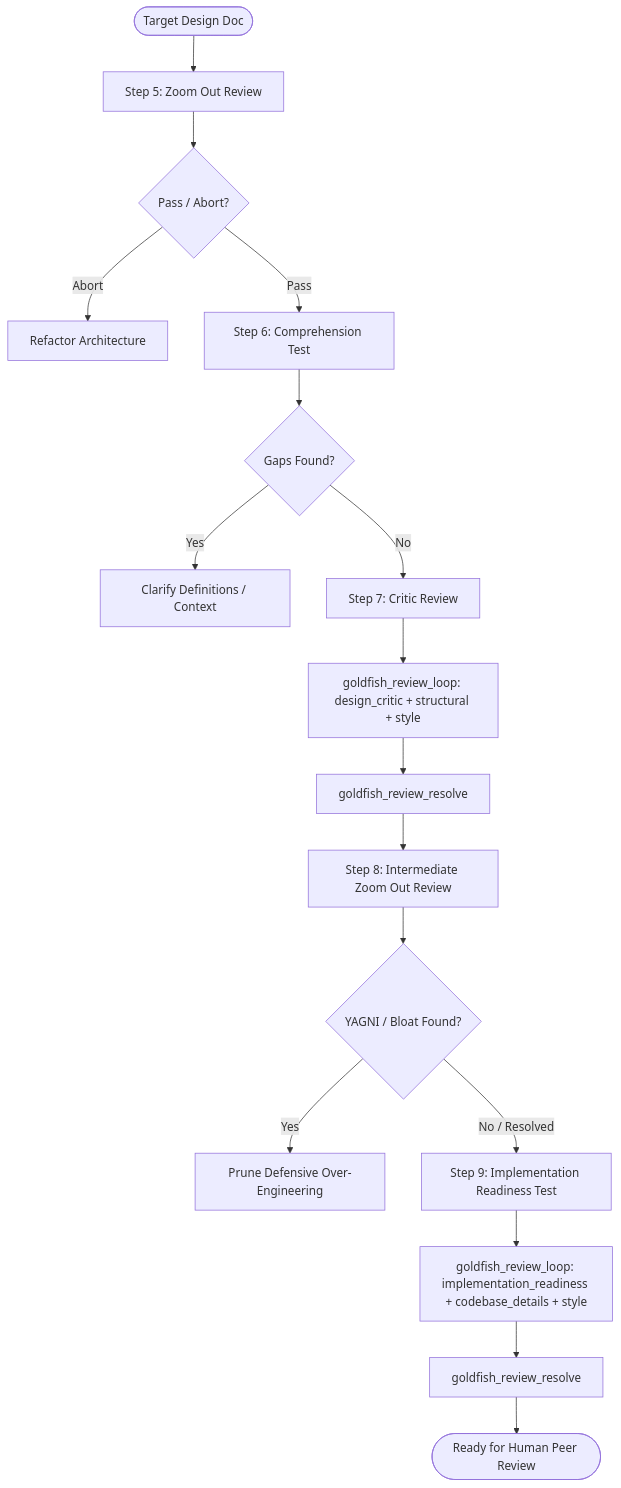
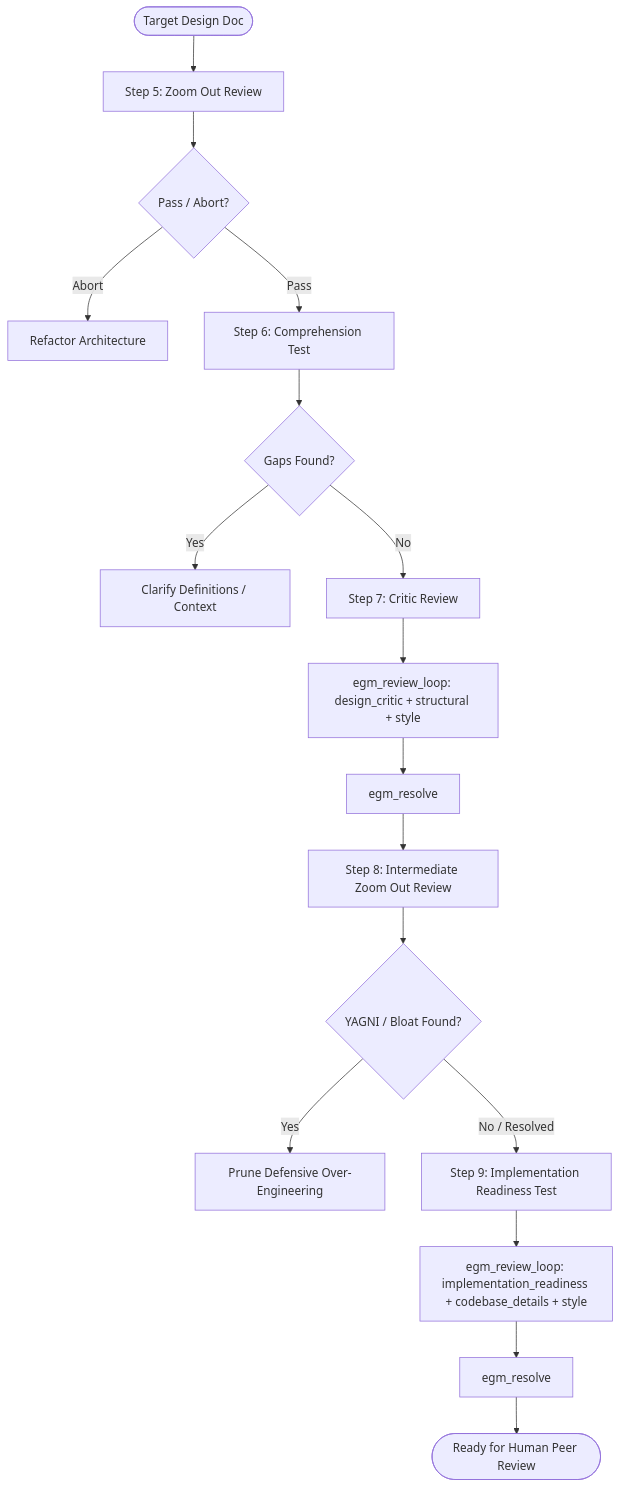
One commit to GreyCatVP/elephant-goldfish-model changed the diagram in docs/designs/review.md. Above: the diagram before and after it, drawn with Mermaid. The commit also changed other lines of this file and 14 other files, not shown here.

First line of the commit message:
refactor: rename goldfish_* skills to the egm- prefix

````diff
--- a/docs/designs/review.md
+++ b/docs/designs/review.md
@@ -60,19 +60,19 @@
 ```mermaid
 flowchart TD
     Start([Target Design Doc]) --> Step5[Step 5: Zoom Out Review]
     Step5 --> Gate5{Pass / Abort?}
     Gate5 -- Abort --> FixArch[Refactor Architecture]
     Gate5 -- Pass --> Step6[Step 6: Comprehension Test]
     Step6 --> Gate6{Gaps Found?}
     Gate6 -- Yes --> UpdateContext[Clarify Definitions / Context]
     Gate6 -- No --> Step7[Step 7: Critic Review]
-    Step7 --> Loop7[goldfish_review_loop: design_critic + structural + style]
-    Loop7 --> Resolve7[goldfish_review_resolve]
+    Step7 --> Loop7[egm_review_loop: design_critic + structural + style]
+    Loop7 --> Resolve7[egm_resolve]
     Resolve7 --> Step8[Step 8: Intermediate Zoom Out Review]
     Step8 --> Gate8{YAGNI / Bloat Found?}
     Gate8 -- Yes --> PruneBloat[Prune Defensive Over-Engineering]
     Gate8 -- No / Resolved --> Step9[Step 9: Implementation Readiness Test]
-    Step9 --> Loop9[goldfish_review_loop: implementation_readiness + codebase_details + style]
-    Loop9 --> Resolve9[goldfish_review_resolve]
+    Step9 --> Loop9[egm_review_loop: implementation_readiness + codebase_details + style]
+    Loop9 --> Resolve9[egm_resolve]
     Resolve9 --> Done([Ready for Human Peer Review])
 ```
````
